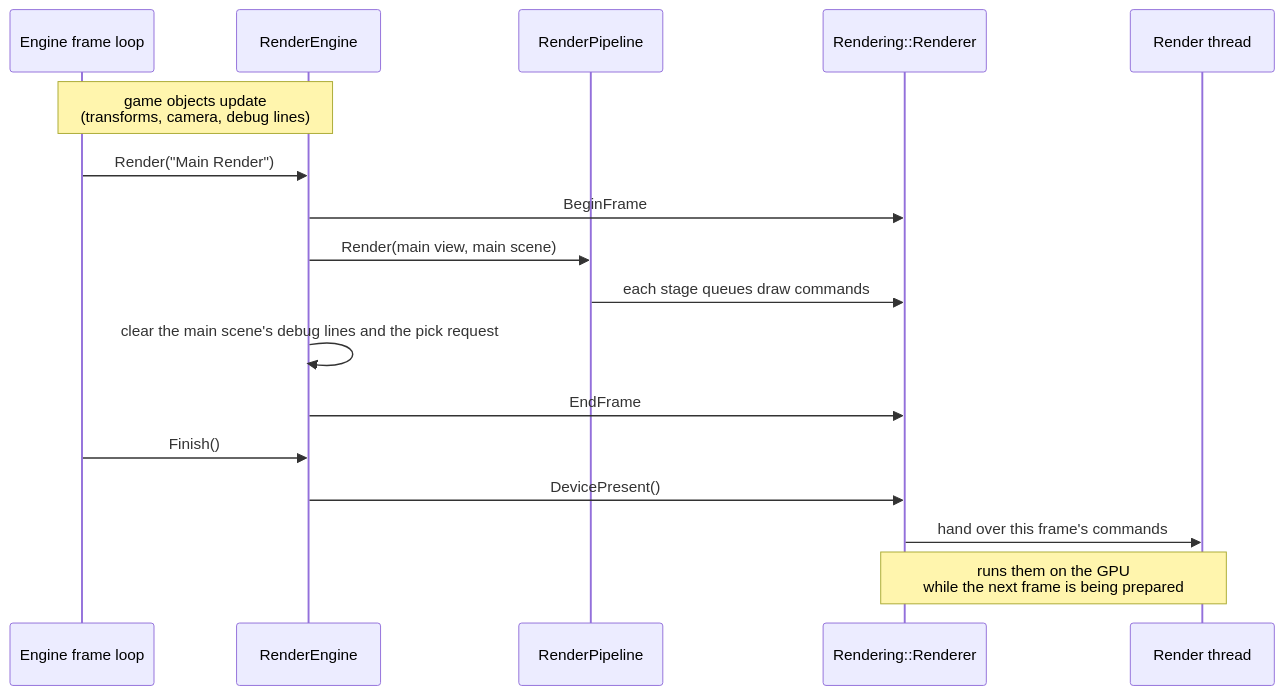
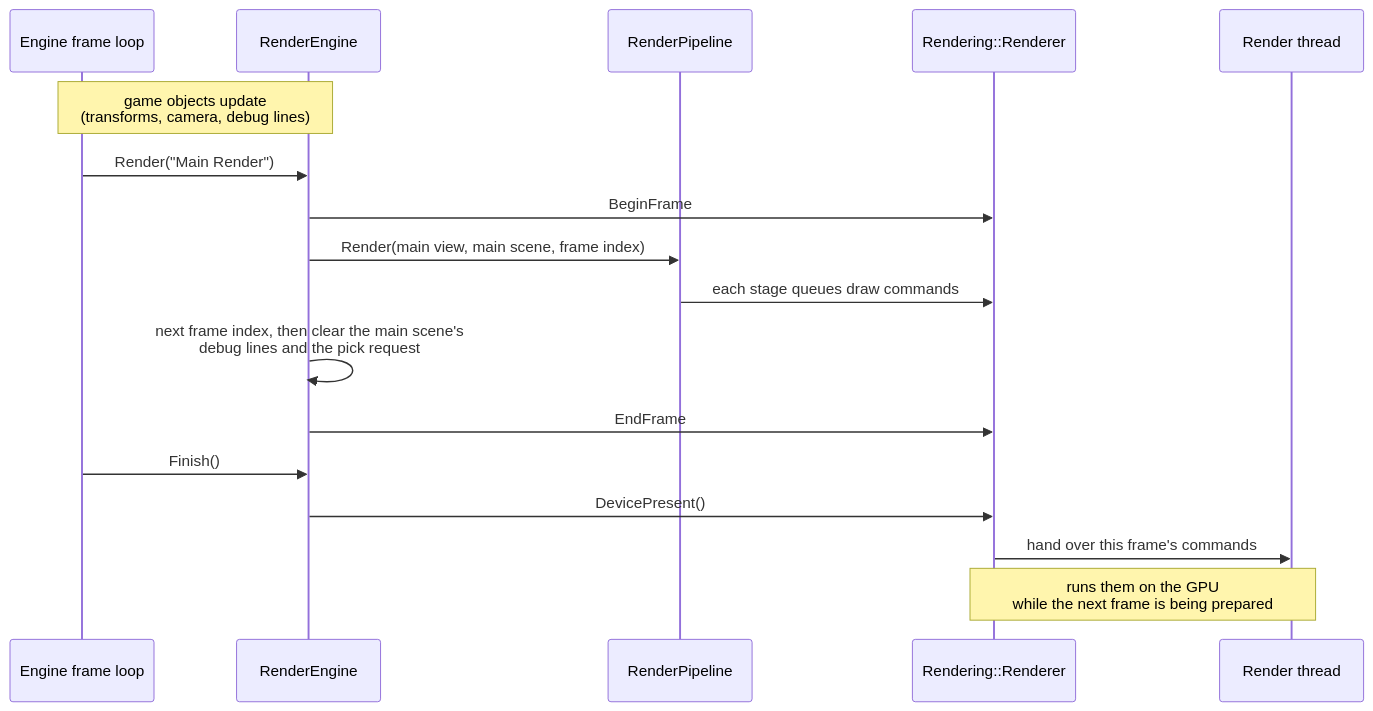
Before and after one commit to b1nary0/RZE: the fifth of 5 diagrams in Docs/Generated/Engine/04-Rendering/Engine-Graphics-Layer.md, drawn with Mermaid. The commit also changed other lines of this file and 5 other files, not shown here.

````diff
--- a/Docs/Generated/Engine/04-Rendering/Engine-Graphics-Layer.md
+++ b/Docs/Generated/Engine/04-Rendering/Engine-Graphics-Layer.md
@@ -159,21 +172,21 @@
 ```mermaid
 %%{init: {'flowchart': {'subGraphTitleMargin': {'top': 6, 'bottom': 10}}, 'themeCSS': '.labelBkg, .edgeLabel { background-color: var(--background-primary) !important; } .messageText, .labelText, .loopText { paint-order: stroke; stroke: var(--background-primary); stroke-width: 5px; stroke-linejoin: round; }'}}%%
 sequenceDiagram
     participant Main as Engine frame loop
     participant RE as RenderEngine
     participant PL as RenderPipeline
     participant R as Rendering::Renderer
     participant RT as Render thread
 
     Note over Main,RE: game objects update<br/>(transforms, camera, debug lines)
     Main->>RE: Render("Main Render")
     RE->>R: BeginFrame
-    RE->>PL: Render(main view, main scene)
+    RE->>PL: Render(main view, main scene, frame index)
     PL->>R: each stage queues draw commands
-    RE->>RE: clear the main scene's debug lines and the pick request
+    RE->>RE: next frame index, then clear the main scene's<br/>debug lines and the pick request
     RE->>R: EndFrame
     Main->>RE: Finish()
     RE->>R: DevicePresent()
     R->>RT: hand over this frame's commands
     Note over R,RT: runs them on the GPU<br/>while the next frame is being prepared
 ```
````
